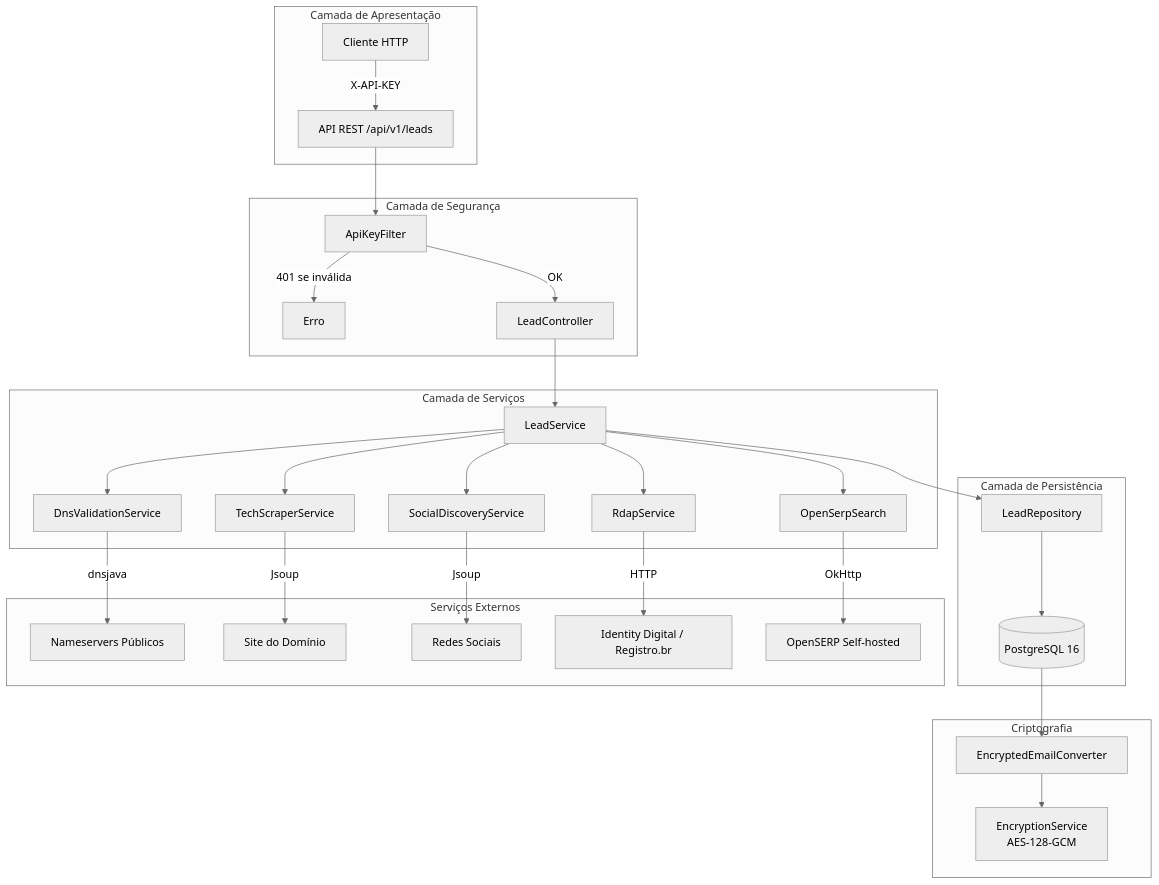
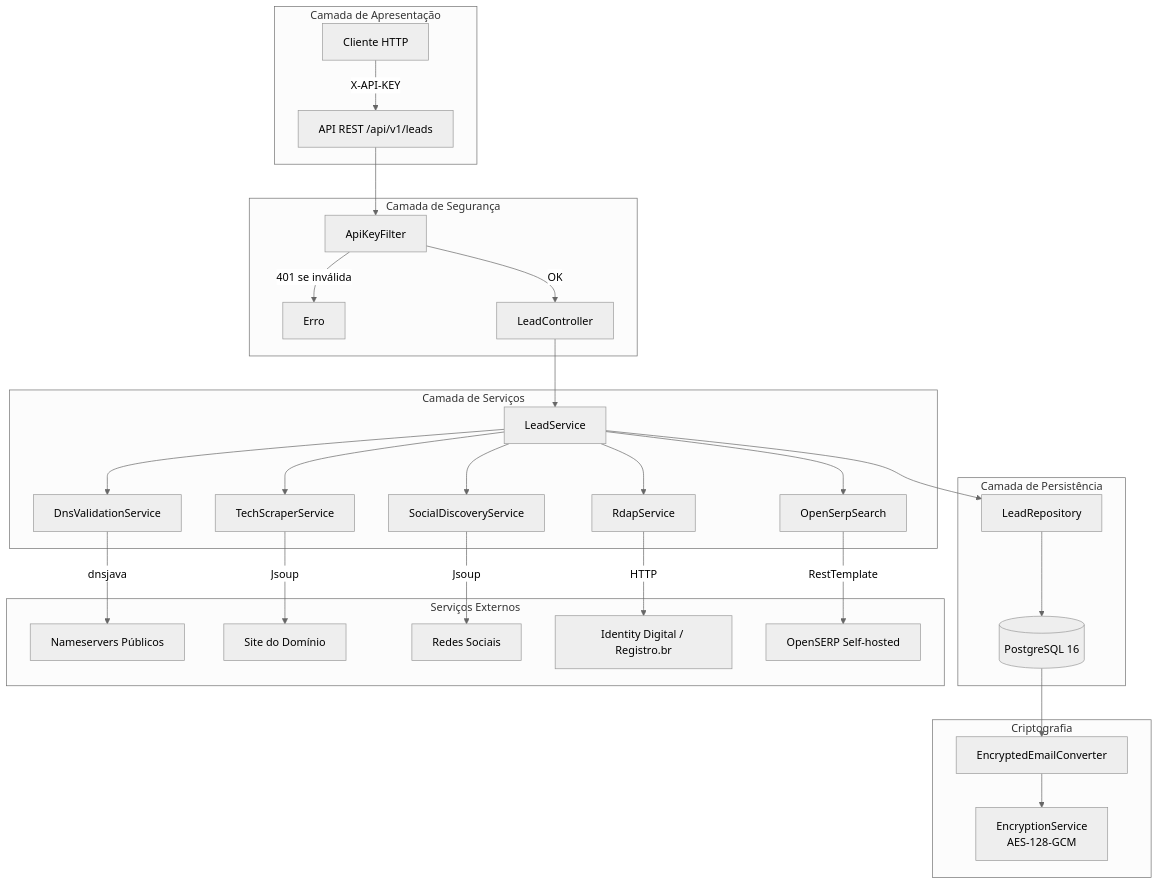
The first of 3 diagrams in docs/architecture.md (pdrodavi/lead-enrichment-api), drawn with Mermaid (neutral theme) before and after one commit. The commit also changed other lines of this file and 32 other files, not shown here.

````diff
--- a/docs/architecture.md
+++ b/docs/architecture.md
@@ -7,39 +7,39 @@
 ```mermaid
 graph TB
     subgraph "Camada de Apresentação"
         CLIENT[Cliente HTTP] -->|"X-API-KEY"| API[API REST /api/v1/leads]
     end
 
     subgraph "Camada de Segurança"
         API --> AKF[ApiKeyFilter]
         AKF -->|"401 se inválida"| ERR[Erro]
         AKF -->|"OK"| CTRL[LeadController]
     end
 
     subgraph "Camada de Serviços"
         CTRL --> LS[LeadService]
         LS --> DNS[DnsValidationService]
         LS --> TSS[TechScraperService]
         LS --> SDS[SocialDiscoveryService]
         LS --> RS[RdapService]
         LS --> OSS[OpenSerpSearch]
     end
 
     subgraph "Camada de Persistência"
         LS --> LR[LeadRepository]
         LR --> PG[(PostgreSQL 16)]
     end
 
     subgraph "Serviços Externos"
         DNS -->|"dnsjava"| NS[Nameservers Públicos]
         TSS -->|"Jsoup"| WEB[Site do Domínio]
         SDS -->|"Jsoup"| SOCIAL[Redes Sociais]
         RS -->|"HTTP"| RDAP[Identity Digital / Registro.br]
-        OSS -->|"OkHttp"| OS[OpenSERP Self-hosted]
+        OSS -->|"RestTemplate"| OS[OpenSERP Self-hosted]
     end
 
     subgraph "Criptografia"
         PG --> EEC[EncryptedEmailConverter]
         EEC --> ES[EncryptionService<br/>AES-128-GCM]
     end
 ```
````
